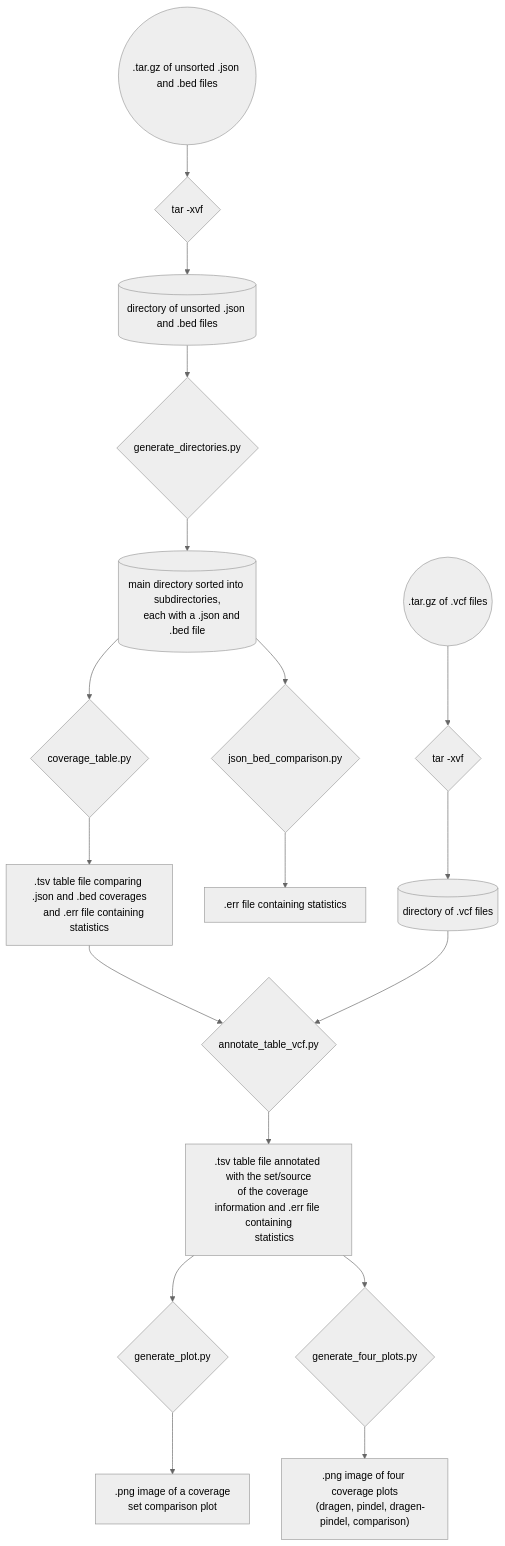
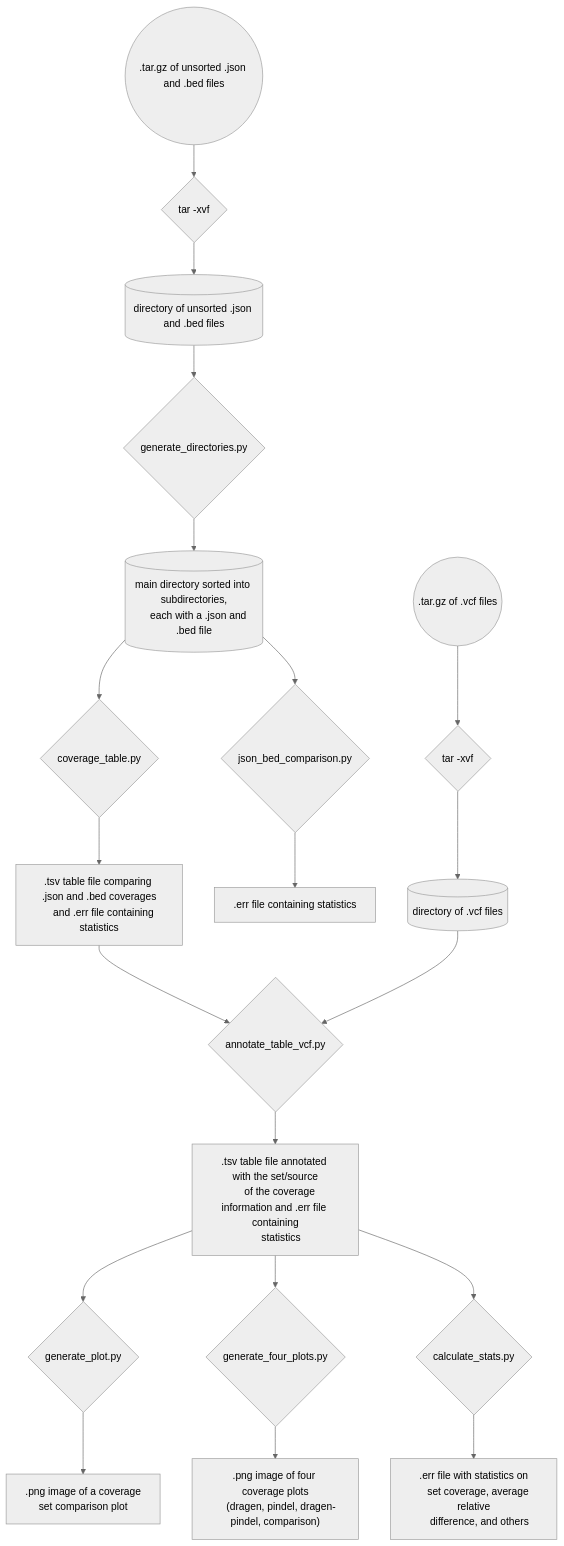
One commit to jaq-lagnirac/myeloseq-jaq changed the diagram in py/README.md. Above: the diagram before and after it, drawn with Mermaid (neutral theme).

````diff
--- a/py/README.md
+++ b/py/README.md
@@ -19,45 +19,51 @@
 ```mermaid
 flowchart TD
     originalstate1((".tar.gz of unsorted .json and .bed files"))
     action1{"tar -xvf"}
     state2[("directory of unsorted .json and .bed files")]
     action2{"generate_directories.py"}
     state3[("main directory sorted into subdirectories,
     each with a .json and .bed file")]
     action3{"coverage_table.py"}
     action35{"json_bed_comparison.py"}
     state4[".tsv table file comparing .json and .bed coverages
     and .err file containing statistics"]
     state45[".err file containing statistics"]
     originalstate2((".tar.gz of .vcf files"))
     action21{"tar -xvf"}
     state22[("directory of .vcf files")]
     action4{"annotate_table_vcf.py"}
     state5[".tsv table file annotated with the set/source
     of the coverage information and .err file containing
     statistics"]
     action5{"generate_plot.py"}
     action55{"generate_four_plots.py"}
     state6[".png image of a coverage
     set comparison plot"]
     state65[".png image of four coverage plots
     (dragen, pindel, dragen-pindel, comparison)"]
+    action52{"calculate_stats.py"}
+    state526[".err file with statistics on
+    set coverage, average relative
+    difference, and others"]
 
     originalstate1 --> action1
     action1 --> state2
     state2 --> action2
     action2 --> state3
     state3 --> action3
     state3 --> action35
     action3 --> state4
     state4 --> action4
     action35 --> state45
     originalstate2 --> action21
     action21 --> state22
     state22 --> action4
     action4 --> state5
     state5 --> action5
     state5 --> action55
     action5 --> state6
     action55 --> state65
+    state5 --> action52
+    action52 --> state526
 ```
````
